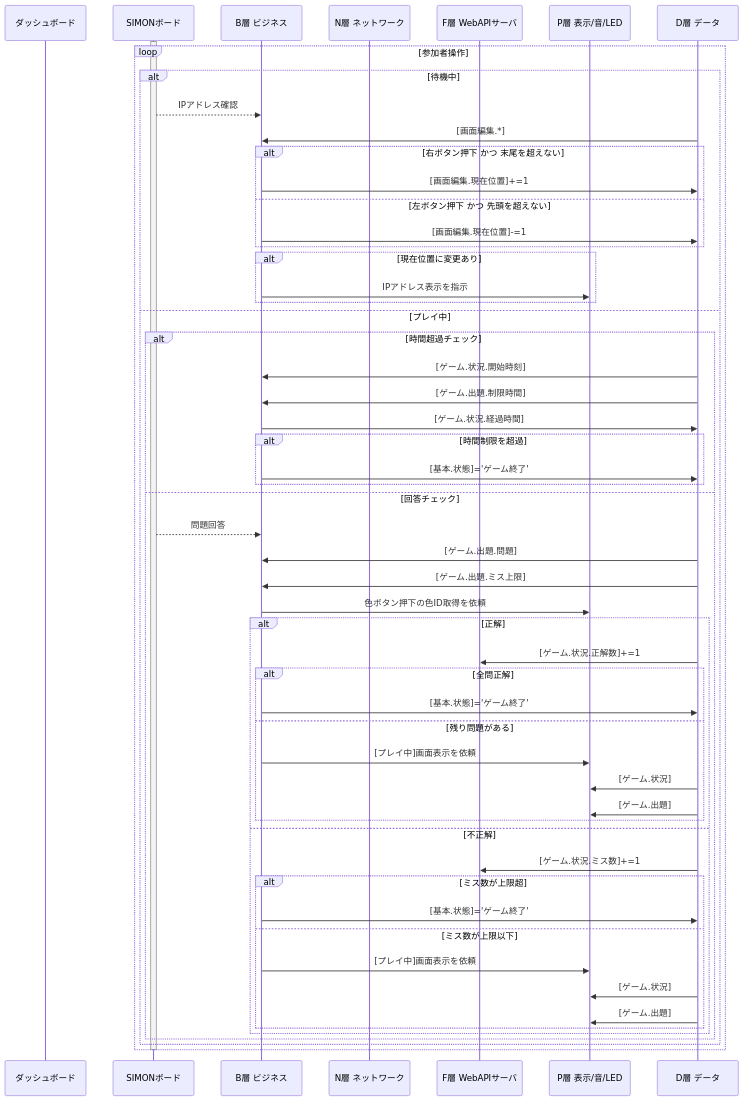
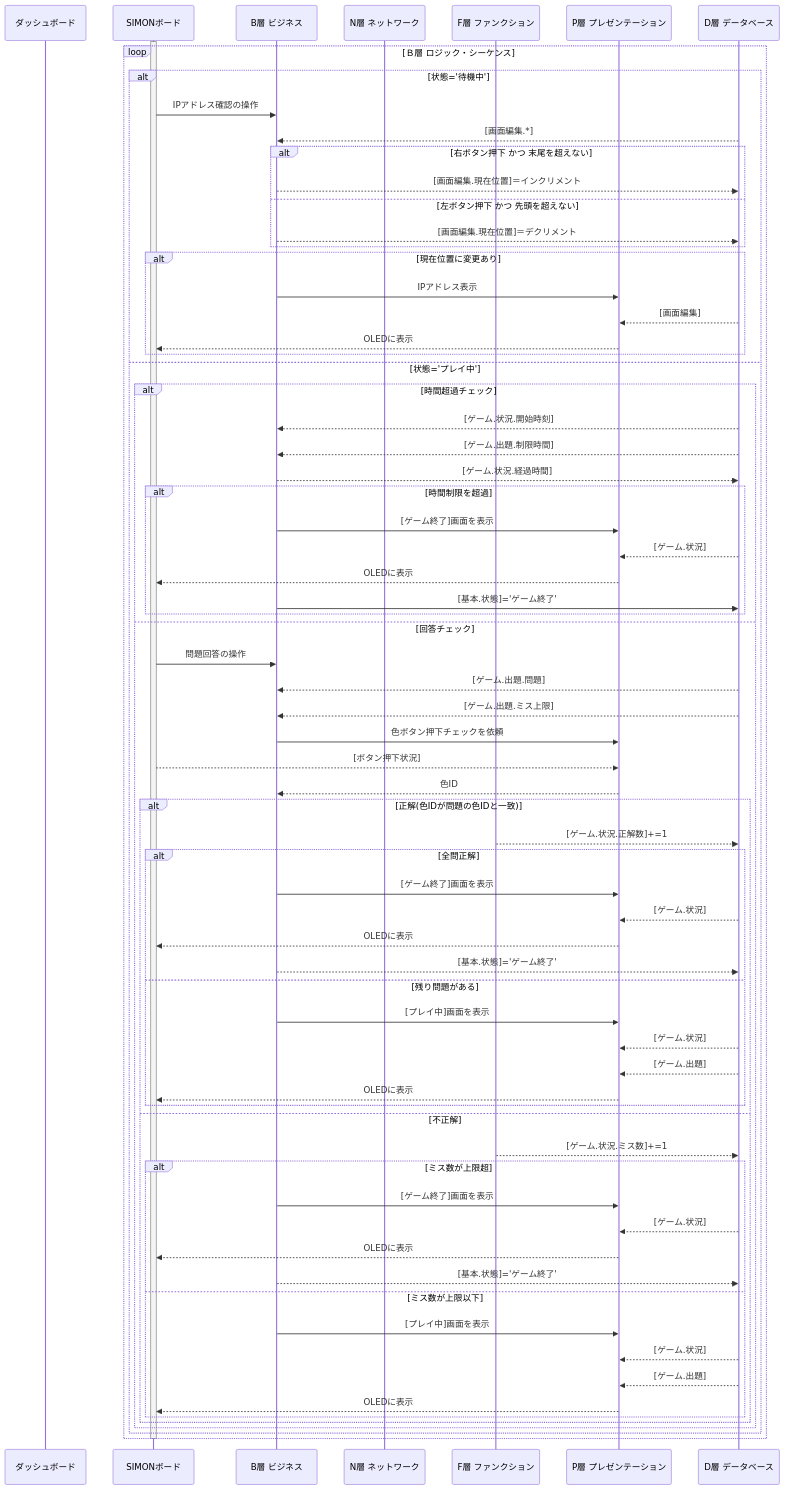
Before and after one commit to kureha001/MMP: the second of 3 diagrams in ゲーム/99_SIMON/README.MD, drawn with Mermaid. The commit also changed other lines of this file, not shown here.

````diff
--- a/ゲーム/99_SIMON/README.MD
+++ b/ゲーム/99_SIMON/README.MD
@@ -341,64 +351,79 @@
 ```mermaid
 sequenceDiagram
   participant U as ダッシュボード
   participant S as SIMONボード
   participant B as B層 ビジネス
   participant N as N層 ネットワーク
-  participant F as F層 WebAPIサーバ
-  participant P as P層 表示/音/LED
-  participant D as D層 データ
+  participant F as F層 ファンクション
+  participant P as P層 プレゼンテーション
+  participant D as D層 データベース
 
   activate S
 
-    loop 参加者操作
-        alt 待機中
-            S-->>B: IPアドレス確認 
-            D->>B: [画面編集.*]
+    loop Ｂ層 ロジック・シーケンス
+        alt 状態='待機中'
+            S->>B: IPアドレス確認の操作
+            D-->>B: [画面編集.*]
             alt 右ボタン押下 かつ 末尾を超えない
-                B->>D: [画面編集.現在位置]+=1
+                B-->>D: [画面編集.現在位置]＝インクリメント
             else 左ボタン押下 かつ 先頭を超えない
-                B->>D: [画面編集.現在位置]-=1
+                B-->>D: [画面編集.現在位置]＝デクリメント
             end
             alt 現在位置に変更あり
-                B->>P: IPアドレス表示を指示 
+                B->>P: IPアドレス表示 
+                    D-->>P: [画面編集]
+                    P-->>S: OLEDに表示
             end
 
-        else プレイ中
+        else 状態='プレイ中'
             alt 時間超過チェック
-                D->>B: [ゲーム.状況.開始時刻] 
-                D->>B: [ゲーム.出題.制限時間] 
-                B->>D: [ゲーム.状況.経過時間] 
+                D-->>B: [ゲーム.状況.開始時刻] 
+                D-->>B: [ゲーム.出題.制限時間] 
+                B-->>D: [ゲーム.状況.経過時間] 
                 alt 時間制限を超過
+                    B->>P: [ゲーム終了]画面を表示
+                        D-->>P: [ゲーム.状況] 
+                        P-->>S: OLEDに表示
                     B->>D: [基本.状態]='ゲーム終了'
                 end
 
             else 回答チェック
-                S-->>B: 問題回答
-                D->>B: [ゲーム.出題.問題] 
-                D->>B: [ゲーム.出題.ミス上限] 
-                B->>P: 色ボタン押下の色ID取得を依頼
-                alt 正解
-                    D->>F: [ゲーム.状況.正解数]+=1
+                S->>B: 問題回答の操作
+                D-->>B: [ゲーム.出題.問題] 
+                D-->>B: [ゲーム.出題.ミス上限] 
+                B->>P: 色ボタン押下チェックを依頼
+                    S-->>P: [ボタン押下状況]
+                P-->>B: 色ID
+                alt 正解(色IDが問題の色IDと一致)
+                    F-->>D: [ゲーム.状況.正解数]+=1
                     alt 全問正解
-                        B->>D: [基本.状態]='ゲーム終了'
+                        B->>P: [ゲーム終了]画面を表示
+                            D-->>P: [ゲーム.状況] 
+                            P-->>S: OLEDに表示
+                        B-->>D: [基本.状態]='ゲーム終了'
                     else 残り問題がある
-                        B->>P: [プレイ中]画面表示を依頼
-                            D->>P: [ゲーム.状況] 
-                            D->>P: [ゲーム.出題] 
+                        B->>P: [プレイ中]画面を表示
+                            D-->>P: [ゲーム.状況] 
+                            D-->>P: [ゲーム.出題] 
+                            P-->>S: OLEDに表示
                     end
                 else 不正解
-                    D->>F: [ゲーム.状況.ミス数]+=1
+                    F-->>D: [ゲーム.状況.ミス数]+=1
                     alt ミス数が上限超
-                        B->>D: [基本.状態]='ゲーム終了'
+                        B->>P: [ゲーム終了]画面を表示
+                            D-->>P: [ゲーム.状況] 
+                            P-->>S: OLEDに表示
+                        B-->>D: [基本.状態]='ゲーム終了'
                     else ミス数が上限以下
-                        B->>P: [プレイ中]画面表示を依頼
-                            D->>P: [ゲーム.状況] 
-                            D->>P: [ゲーム.出題] 
+                        B->>P: [プレイ中]画面を表示
+                            D-->>P: [ゲーム.状況] 
+                            D-->>P: [ゲーム.出題] 
+                            P-->>S: OLEDに表示
                     end
                 end
             end
         end
     end
 
   deactivate S
 ```
````
